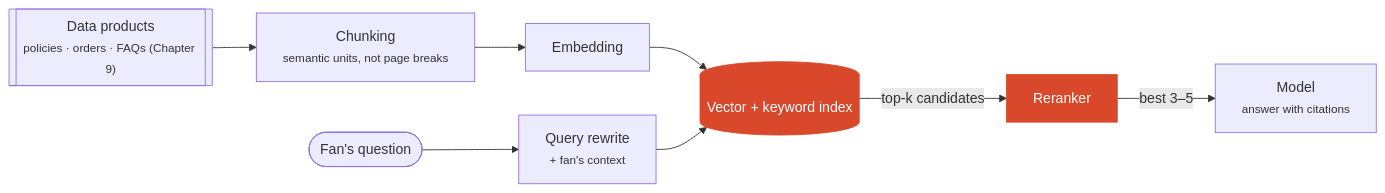
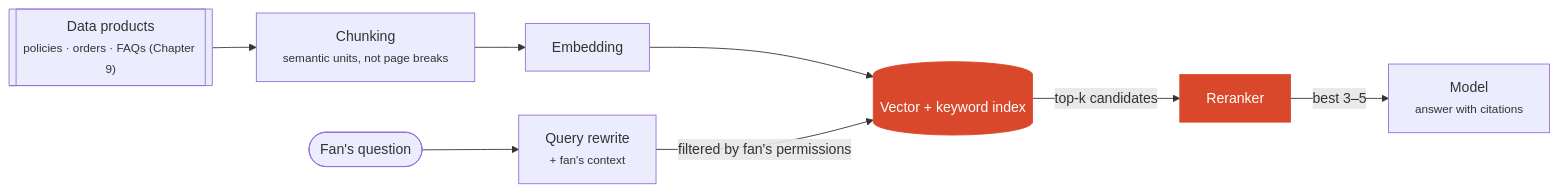
Before and after one commit to oleksiyp/arch-book: diagram 20 of 23 in README.md, drawn with Mermaid. The commit also changed other lines of this file, not shown here.

```diff
--- a/README.md
+++ b/README.md
@@ -2032,9 +2105,9 @@
 <pre class="mermaid">
 flowchart LR
     src[["Data products<br/><small>policies · orders · FAQs (Chapter 9)</small>"]] --> chunk["Chunking<br/><small>semantic units, not page breaks</small>"]
     chunk --> emb["Embedding"] --> idx[("Vector + keyword index")]
-    q([Fan's question]) --> qr["Query rewrite<br/><small>+ fan's context</small>"] --> idx
+    q(["Fan's question"]) --> qr["Query rewrite<br/><small>+ fan's context</small>"] -- "filtered by fan's permissions" --> idx
     idx -- "top-k candidates" --> rr["Reranker"] -- "best 3–5" --> llm["Model<br/><small>answer with citations</small>"]
     classDef hot fill:#d9482b,stroke:#d9482b,color:#fff
     class idx,rr hot
 </pre>
```
